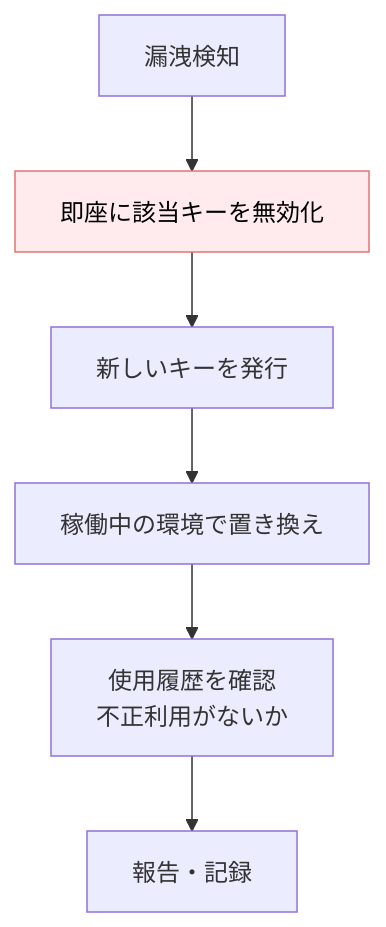
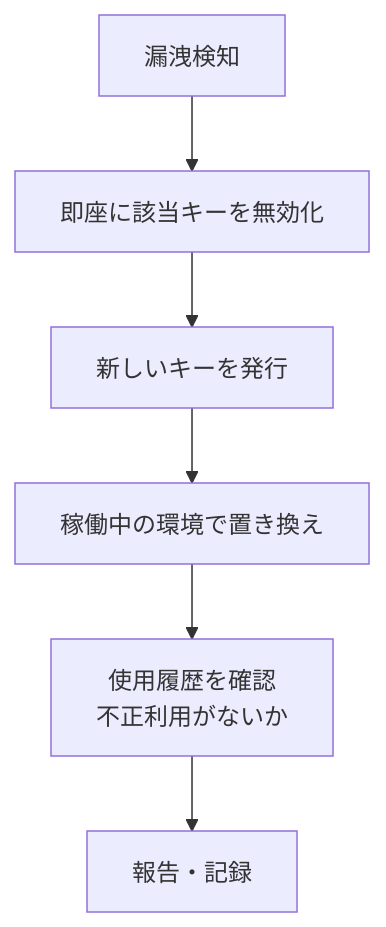
One commit to dinekt/dinekt-wiki changed the third of 3 diagrams in docs/tech-notes/llm-api-キーの管理と漏洩防止.md. Above: the diagram before and after it, drawn with Mermaid. The commit also changed other lines of this file and 70 other files, not shown here.

First line of the commit message:
fix(mermaid): strip all inline styling, rely on theme

````diff
--- a/docs/tech-notes/llm-api-キーの管理と漏洩防止.md
+++ b/docs/tech-notes/llm-api-キーの管理と漏洩防止.md
@@ -105,10 +103,9 @@
 ```mermaid
 flowchart TD
     D[漏洩検知] --> R[即座に該当キーを無効化]
     R --> N[新しいキーを発行]
     N --> U[稼働中の環境で置き換え]
     U --> L[使用履歴を確認<br/>不正利用がないか]
     L --> F[報告・記録]
 
-    style R fill:#ffebee,stroke:#e57373,color:#000
 ```
````
